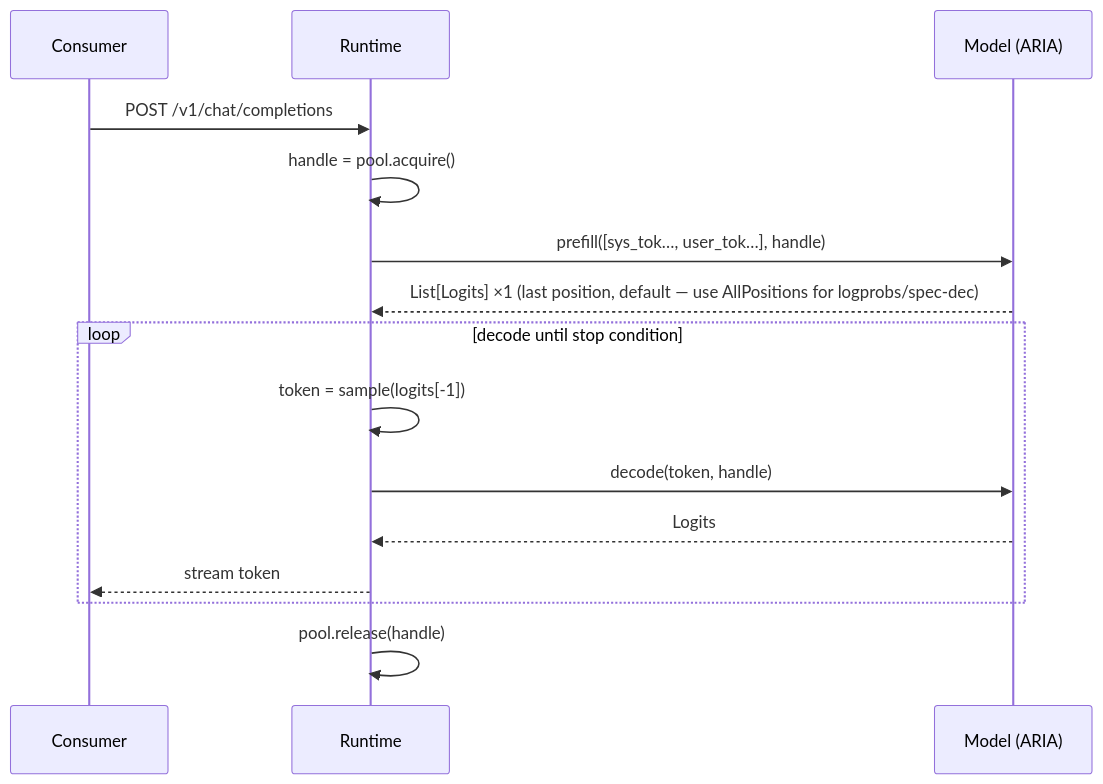
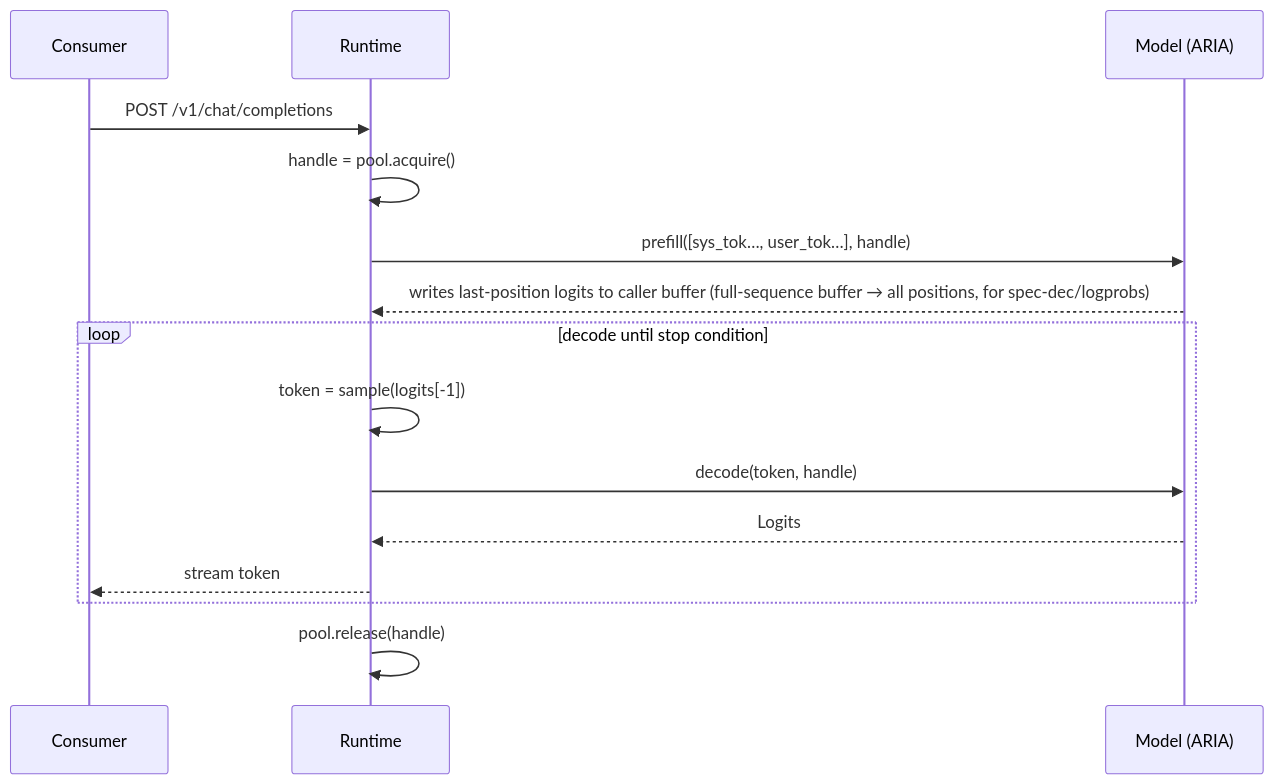
One commit to HaiberDyn/ARIA changed the third of 5 diagrams in README.md. Above: the diagram before and after it, drawn with Mermaid. The commit also changed other lines of this file and 4 other files, not shown here.

````diff
--- a/README.md
+++ b/README.md
@@ -131,21 +131,21 @@
 ```mermaid
 sequenceDiagram
     participant C as Consumer
     participant R as Runtime
     participant M as Model (ARIA)
 
     C->>R: POST /v1/chat/completions
 
     R->>R: handle = pool.acquire()
     R->>M: prefill([sys_tok…, user_tok…], handle)
-    M-->>R: List[Logits] ×1  (last position, default — use AllPositions for logprobs/spec-dec)
+    M-->>R: writes last-position logits to caller buffer  (full-sequence buffer → all positions, for spec-dec/logprobs)
 
     loop decode until stop condition
         R->>R: token = sample(logits[-1])
         R->>M: decode(token, handle)
         M-->>R: Logits
         R-->>C: stream token
     end
 
     R->>R: pool.release(handle)
 ```
````
